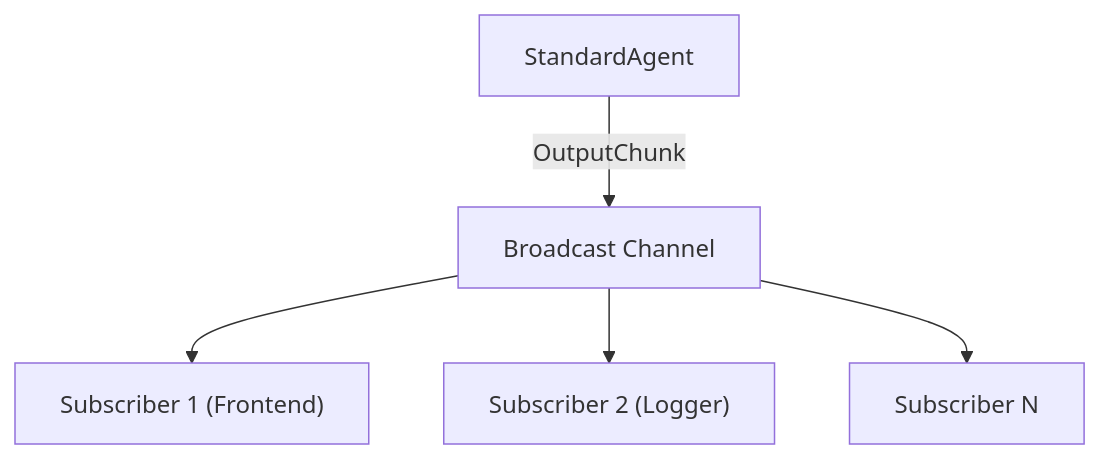
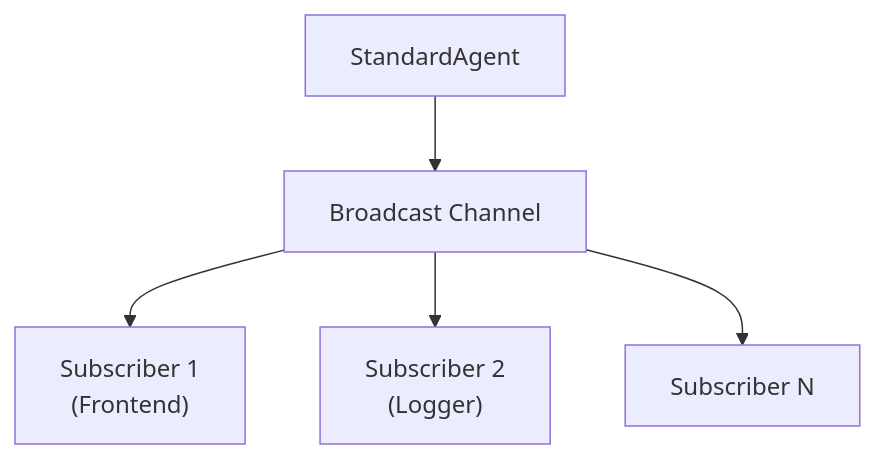
The third of 5 diagrams in docs/concepts/architecture.mdx (HourSense/picrust), drawn with Mermaid before and after one commit. The commit also changed other lines of this file and 9 other files, not shown here.

Commit message:
Add custom CSS for Mermaid diagrams and update documentation for improved clarity with HTML line breaks.

````diff
--- a/docs/concepts/architecture.mdx
+++ b/docs/concepts/architecture.mdx
@@ -162,13 +162,13 @@
 ```mermaid
 flowchart TB
     Agent["StandardAgent"]
     BC["Broadcast Channel"]
-    S1["Subscriber 1 (Frontend)"]
-    S2["Subscriber 2 (Logger)"]
+    S1["Subscriber 1<br/>(Frontend)"]
+    S2["Subscriber 2<br/>(Logger)"]
     SN["Subscriber N"]
 
-    Agent -- "OutputChunk" --> BC
+    Agent --> BC
     BC --> S1
     BC --> S2
     BC --> SN
 ```
````
